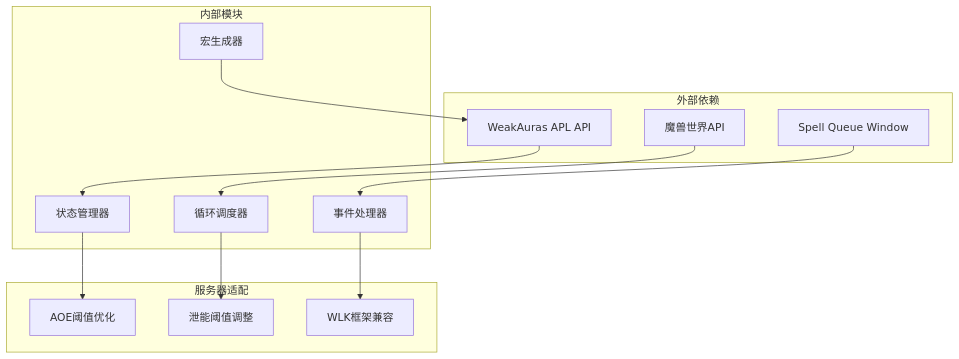
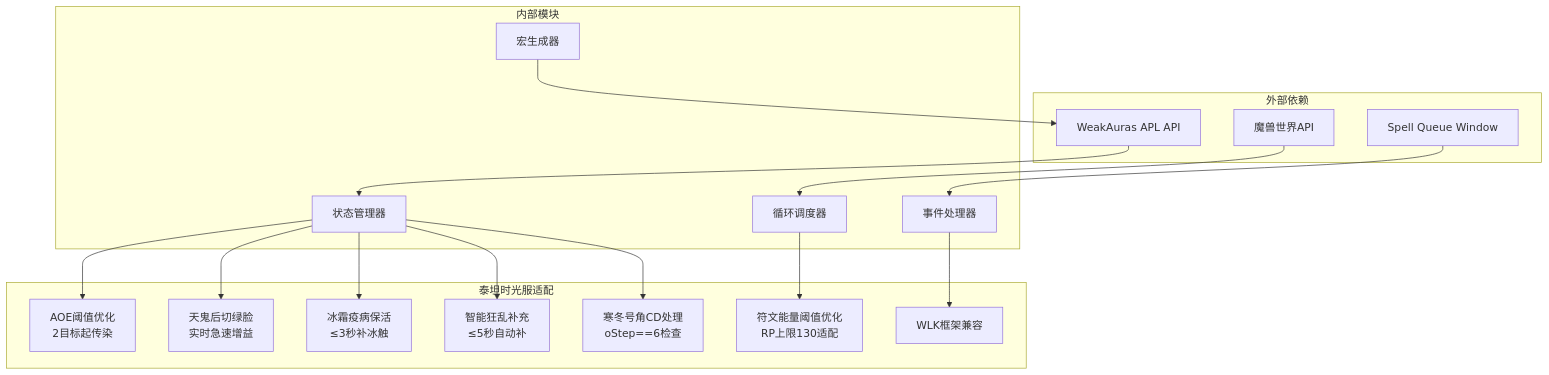
Before and after one commit to q89277718/WOW-For-MRF: diagram 12 of 12 in .qoder/repowiki/zh/content/服务器适配说明.md, drawn with Mermaid. The commit also changed other lines of this file and 61 other files, not shown here.

````diff
--- a/.qoder/repowiki/zh/content/服务器适配说明.md
+++ b/.qoder/repowiki/zh/content/服务器适配说明.md
@@ -321,26 +397,34 @@
 ```mermaid
 graph TB
 subgraph "外部依赖"
 A[WeakAuras APL API]
 B[魔兽世界API]
 C[Spell Queue Window]
 end
 subgraph "内部模块"
 D[状态管理器]
 E[循环调度器]
 F[事件处理器]
 G[宏生成器]
 end
-subgraph "服务器适配"
-H[AOE阈值优化]
-I[泄能阈值调整]
+subgraph "泰坦时光服适配"
+H[AOE阈值优化<br/>2目标起传染]
+I[符文能量阈值优化<br/>RP上限130适配]
 J[WLK框架兼容]
+K[天鬼后切绿脸<br/>实时急速增益]
+L[冰霜疫病保活<br/>≤3秒补冰触]
+M[智能狂乱补充<br/>≤5秒自动补]
+N[寒冬号角CD处理<br/>oStep==6检查]
 end
 A --> D
 B --> E
 C --> F
 D --> H
 E --> I
 F --> J
 G --> A
+D --> K
+D --> L
+D --> M
+D --> N
 ```
````
